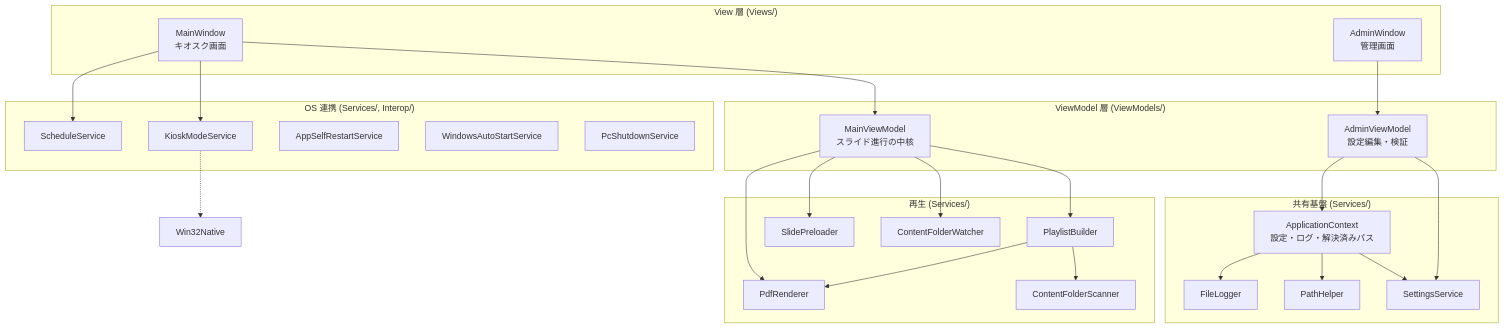
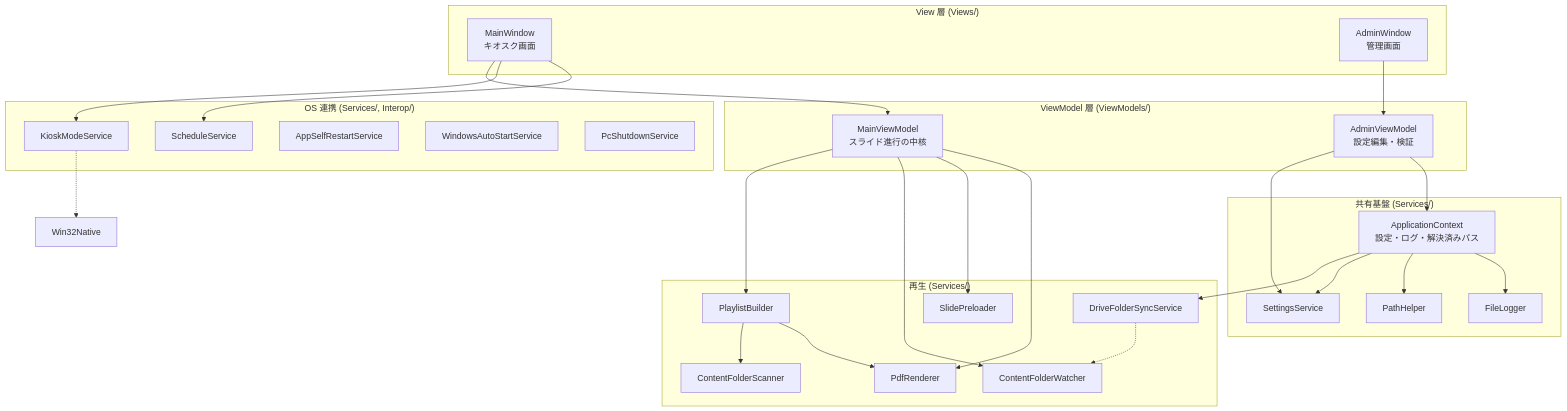
One commit to kamanori3/SimpleDigitalSignage changed the first of 4 diagrams in docs/設計書.md. Above: the diagram before and after it, drawn with Mermaid. The commit also changed other lines of this file and 25 other files, not shown here.

````diff
--- a/docs/設計書.md
+++ b/docs/設計書.md
@@ -27,45 +27,48 @@
 ```mermaid
 flowchart TB
   subgraph View["View 層 (Views/)"]
     MW[MainWindow<br/>キオスク画面]
     AW[AdminWindow<br/>管理画面]
   end
 
   subgraph VM["ViewModel 層 (ViewModels/)"]
     MVM[MainViewModel<br/>スライド進行の中核]
     AVM[AdminViewModel<br/>設定編集・検証]
   end
 
   subgraph Core["共有基盤 (Services/)"]
     AC[ApplicationContext<br/>設定・ログ・解決済みパス]
     SS[SettingsService]
     PH[PathHelper]
     FL[FileLogger]
   end
 
   subgraph Play["再生 (Services/)"]
     PB[PlaylistBuilder]
     CS[ContentFolderScanner]
     CW[ContentFolderWatcher]
+    DS[DriveFolderSyncService]
     PR[PdfRenderer]
     SP[SlidePreloader]
   end
 
   subgraph Ops["OS 連携 (Services/, Interop/)"]
     KM[KioskModeService]
     SCH[ScheduleService]
     ASR[AppSelfRestartService]
     WAS[WindowsAutoStartService]
     PSS[PcShutdownService]
   end
 
   MW --> MVM
   MW --> KM
   MW --> SCH
   AW --> AVM
   MVM --> PB & CW & SP & PR
   PB --> CS & PR
+  AC --> DS
+  DS -.-> CW
   AVM --> SS & AC
   AC --> SS & PH & FL
   KM -.-> Interop[Win32Native]
 ```
````
